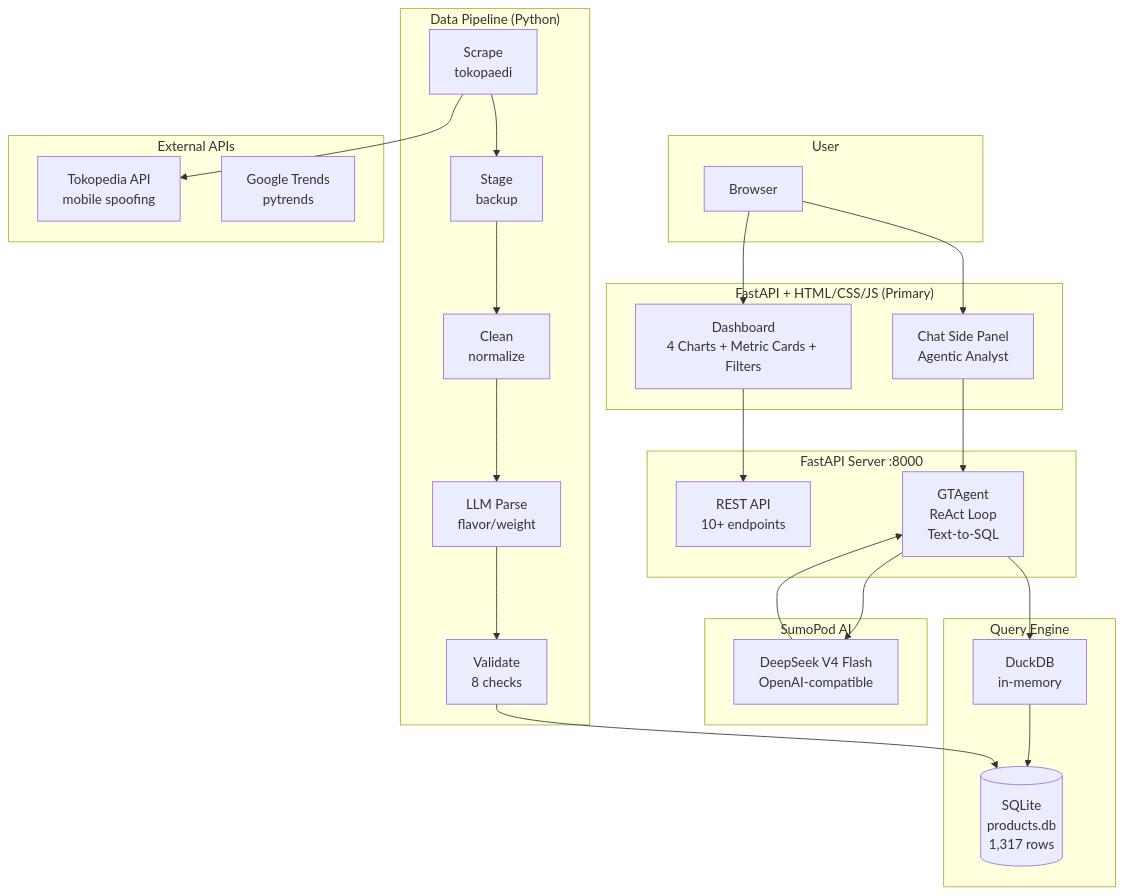
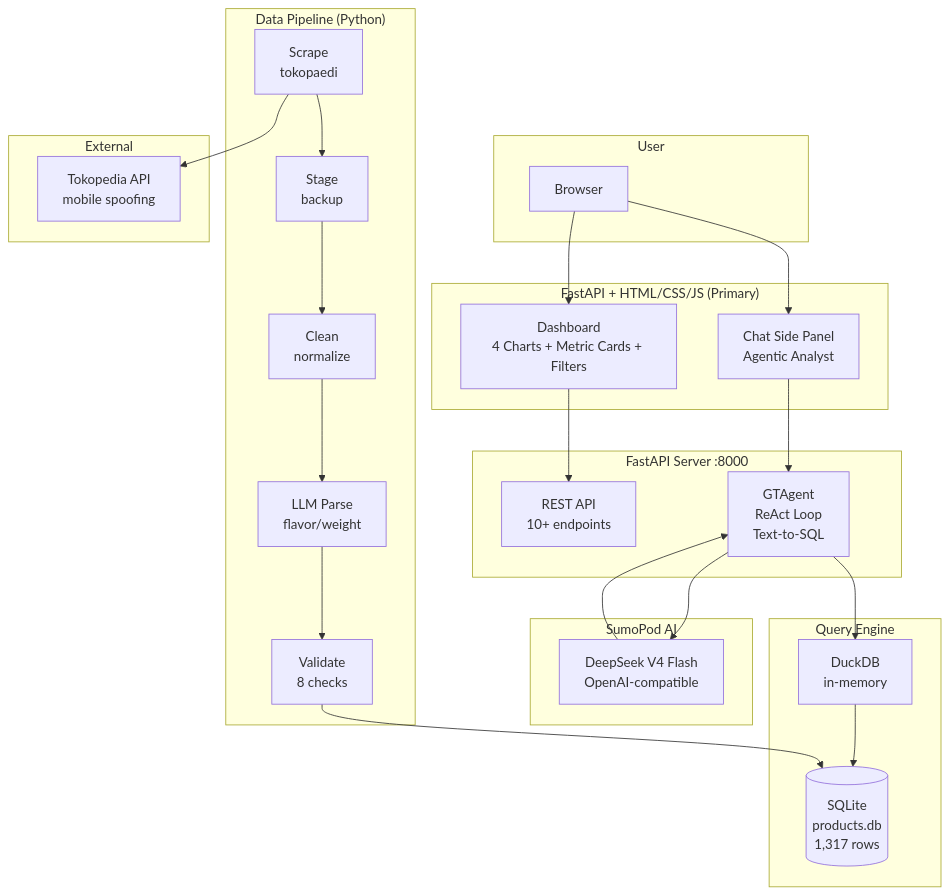
Before and after one commit to zakysyihan/gt-intelligence: the first of 3 diagrams in docs/ARCHITECTURE.md, drawn with Mermaid. The commit also changed other lines of this file and 1 other file, not shown here.

First line of the commit message:
docs: remove unused stack from diagrams (Google Trends, geo chart)

````diff
--- a/docs/ARCHITECTURE.md
+++ b/docs/ARCHITECTURE.md
@@ -20,53 +20,52 @@
 ```mermaid
 graph TB
     subgraph User
         U[Browser]
     end
 
     subgraph Frontend["FastAPI + HTML/CSS/JS (Primary)"]
         D[Dashboard<br/>4 Charts + Metric Cards + Filters]
         C[Chat Side Panel<br/>Agentic Analyst]
     end
 
     subgraph Backend["FastAPI Server :8000"]
         API[REST API<br/>10+ endpoints]
         GA[GTAgent<br/>ReAct Loop<br/>Text-to-SQL]
     end
 
     subgraph LLM["SumoPod AI"]
         DS[DeepSeek V4 Flash<br/>OpenAI-compatible]
     end
 
     subgraph Data["Query Engine"]
         DK[DuckDB<br/>in-memory]
         DB[(SQLite<br/>products.db<br/>1,317 rows)]
     end
 
     subgraph Pipeline["Data Pipeline (Python)"]
         SC[Scrape<br/>tokopaedi]
         ST[Stage<br/>backup]
         CL[Clean<br/>normalize]
         LP[LLM Parse<br/>flavor/weight]
         VL[Validate<br/>8 checks]
     end
 
-    subgraph External["External APIs"]
+    subgraph External["External"]
         TK[Tokopedia API<br/>mobile spoofing]
-        GT[Google Trends<br/>pytrends]
     end
 
     U --> D
     U --> C
     D --> API
     C --> GA
     GA --> DS
     DS --> GA
     GA --> DK
     DK --> DB
     SC --> TK
     SC --> ST
     ST --> CL
     CL --> LP
     LP --> VL
     VL --> DB
 ```
````
